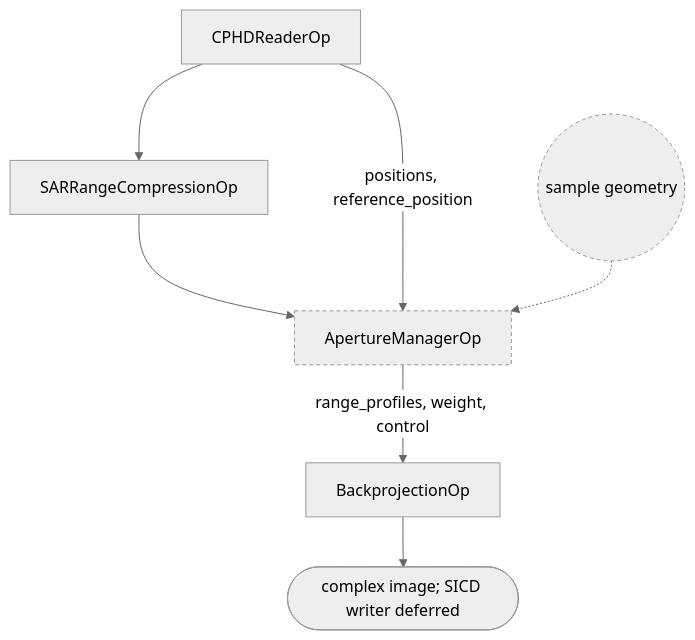
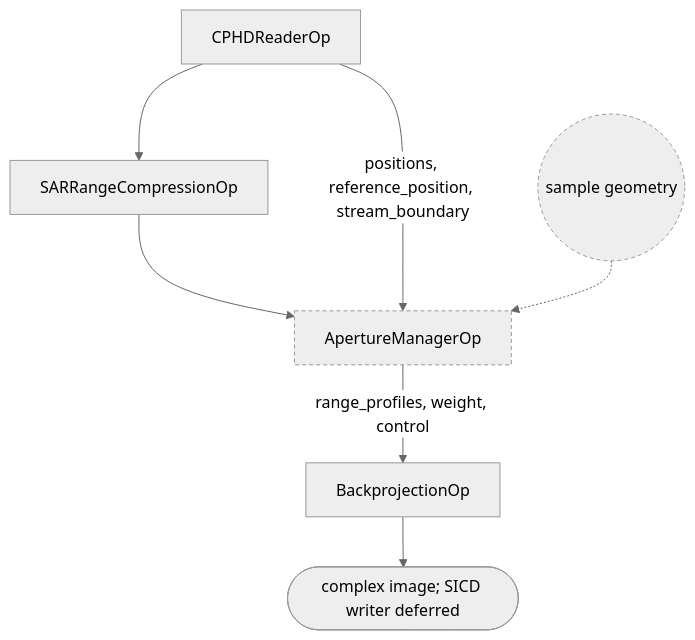
Before and after one commit to nvidia-holoscan/holoscan-radar: the diagram in docs/planning/SAR/DEVELOPER_OVERVIEW.md, drawn with Mermaid (neutral theme). The commit also changed other lines of this file and 17 other files, not shown here.

````diff
--- a/docs/planning/SAR/DEVELOPER_OVERVIEW.md
+++ b/docs/planning/SAR/DEVELOPER_OVERVIEW.md
@@ -47,11 +42,11 @@
 ```mermaid
 flowchart TD
   classDef opt stroke-dasharray:4 3
   READ["CPHDReaderOp"] --> RC["SARRangeCompressionOp"]
   RC --> AC["ApertureManagerOp"]
-  READ -->|"positions, reference_position"| AC
+  READ -->|"positions, reference_position, stream_boundary"| AC
   AC -->|"range_profiles, weight, control"| BP["BackprojectionOp"]
   GEOM(("sample geometry")) -.-> AC
   BP --> SLC(["complex image; SICD writer deferred"])
   class AC,GEOM opt
 ```
````
